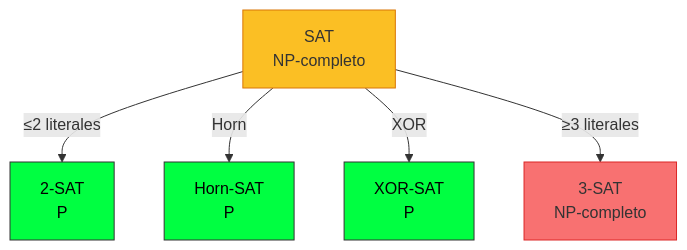
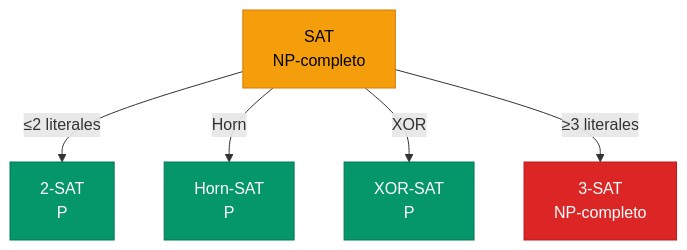
Before and after one commit to NuriaGarciaV/ia_p26: the second of 2 diagrams in clase/03_logica/04_satisfacibilidad.md, drawn with Mermaid. The commit also changed other lines of this file and 5 other files, not shown here.

Commit message:
improved mermaid colouring

````diff
--- a/clase/03_logica/04_satisfacibilidad.md
+++ b/clase/03_logica/04_satisfacibilidad.md
@@ -253,15 +253,15 @@
 ```mermaid
 graph TD
     SAT[SAT<br/>NP-completo]
     
     SAT --> |"≤2 literales"| TWO[2-SAT<br/>P]
     SAT --> |"Horn"| HORN[Horn-SAT<br/>P]
     SAT --> |"XOR"| XOR[XOR-SAT<br/>P]
     SAT --> |"≥3 literales"| THREE[3-SAT<br/>NP-completo]
     
-    style SAT fill:#fbbf24,stroke:#d97706
-    style TWO fill:#00ff41,stroke:#333,color:#000
-    style HORN fill:#00ff41,stroke:#333,color:#000
-    style XOR fill:#00ff41,stroke:#333,color:#000
-    style THREE fill:#f87171,stroke:#dc2626
+    style SAT fill:#f59e0b,stroke:#d97706,color:#000
+    style TWO fill:#059669,stroke:#047857,color:#fff
+    style HORN fill:#059669,stroke:#047857,color:#fff
+    style XOR fill:#059669,stroke:#047857,color:#fff
+    style THREE fill:#dc2626,stroke:#b91c1c,color:#fff
 ```
````
